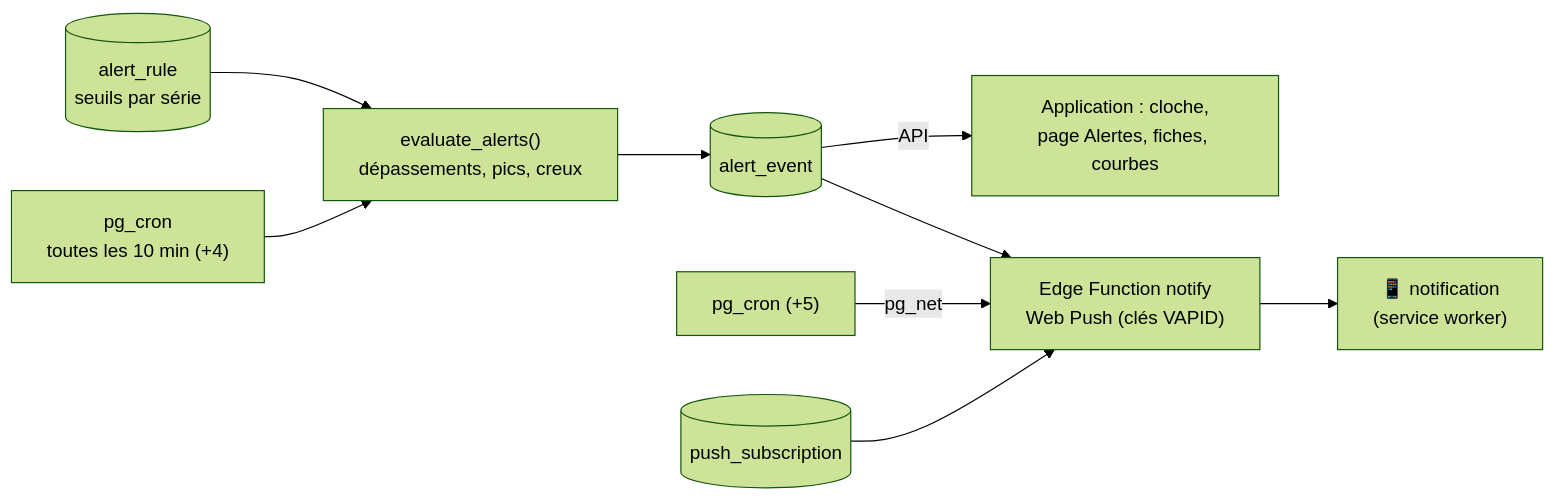
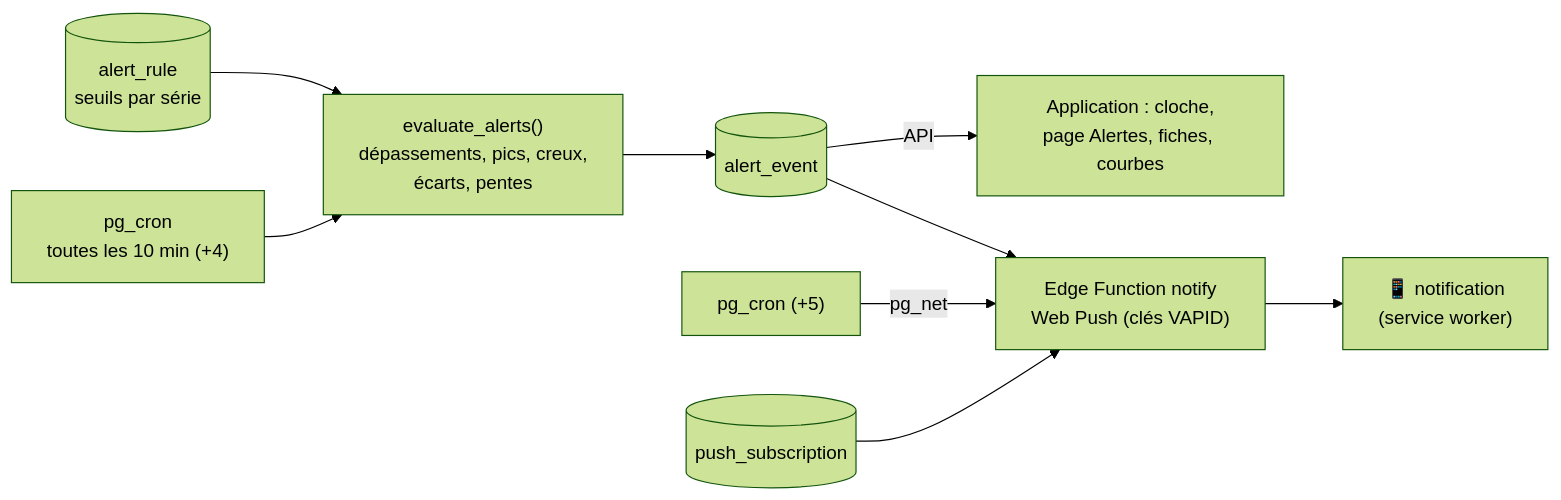
One commit to nicolo73/MobAlPlus changed the sixth of 9 diagrams in docs/architecture.md. Above: the diagram before and after it, drawn with Mermaid (forest theme). The commit also changed other lines of this file and 29 other files, not shown here.

````diff
--- a/docs/architecture.md
+++ b/docs/architecture.md
@@ -256,11 +256,11 @@
 ```mermaid
 flowchart LR
   rules[("alert_rule<br/>seuils par série")] --> ev
-  cron1["pg_cron<br/>toutes les 10 min (+4)"] --> ev["evaluate_alerts()<br/>dépassements, pics, creux"]
+  cron1["pg_cron<br/>toutes les 10 min (+4)"] --> ev["evaluate_alerts()<br/>dépassements, pics, creux,<br/>écarts, pentes"]
   ev --> events[("alert_event")]
   events -->|API| app["Application : cloche,<br/>page Alertes, fiches, courbes"]
   cron2["pg_cron (+5)"] -->|pg_net| notify["Edge Function notify<br/>Web Push (clés VAPID)"]
   events --> notify
   subs[("push_subscription")] --> notify
   notify --> phone["📱 notification<br/>(service worker)"]
 ```
````
